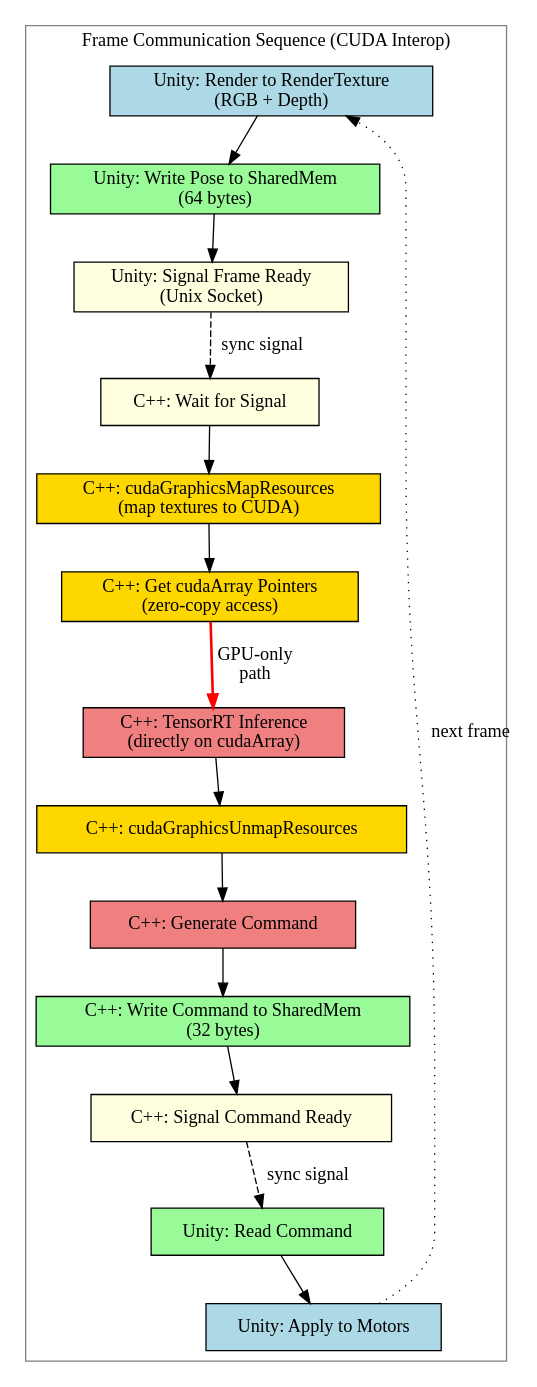
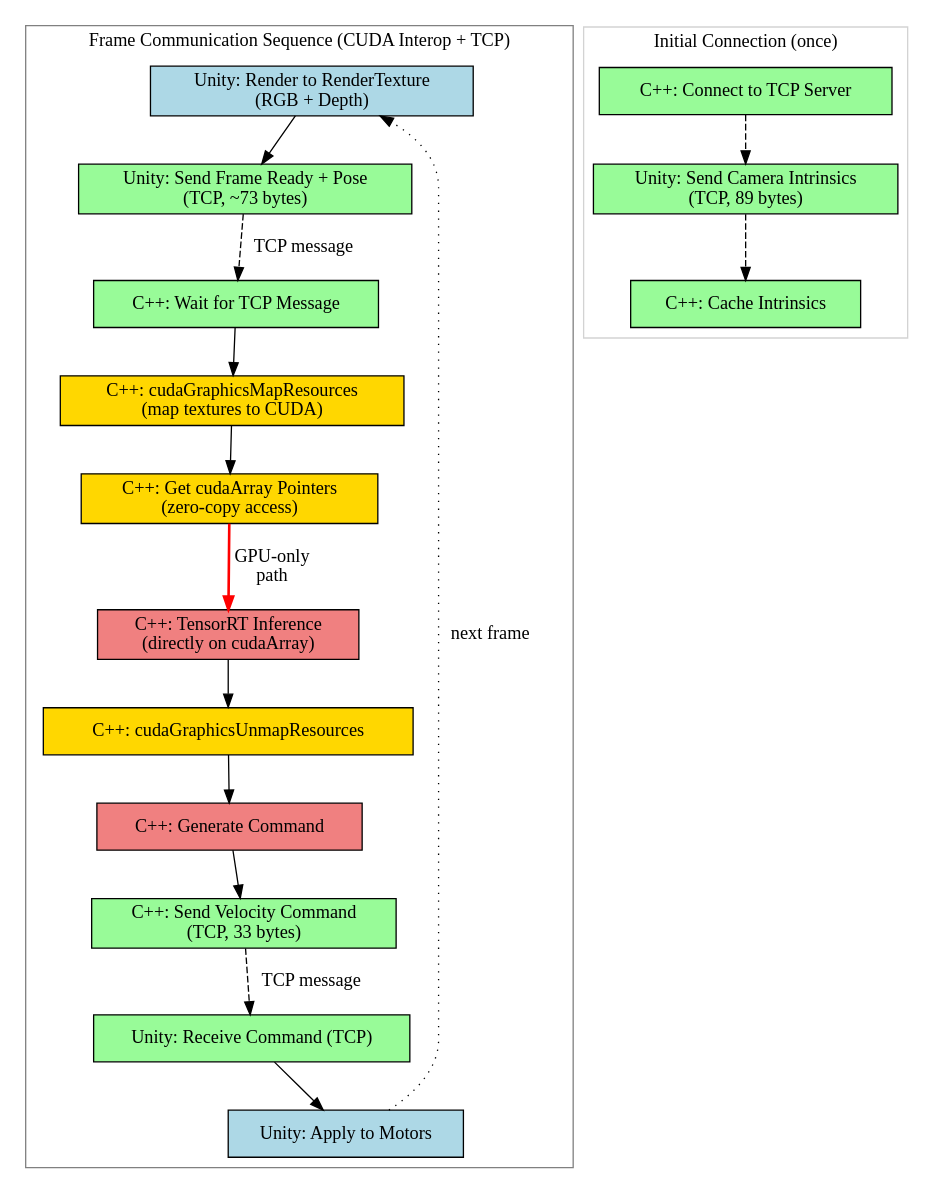
Before and after one commit to Woz4tetra/auto-battlebot: the fourth of 6 diagrams in docs/SIMULATION_SYSTEM_ENGINEERING_PLAN.md, drawn with Graphviz. The commit also changed other lines of this file and 6 other files, not shown here.

````diff
--- a/docs/SIMULATION_SYSTEM_ENGINEERING_PLAN.md
+++ b/docs/SIMULATION_SYSTEM_ENGINEERING_PLAN.md
@@ -544,43 +556,52 @@
 ```dot
 digraph CommunicationSequence {
     rankdir=TB;
     node [shape=box];
 
     subgraph cluster_sequence {
-        label="Frame Communication Sequence (CUDA Interop)";
+        label="Frame Communication Sequence (CUDA Interop + TCP)";
         color=gray;
 
         // Nodes represent states/actions
         unity_render [label="Unity: Render to RenderTexture\n(RGB + Depth)", fillcolor=lightblue, style=filled];
-        unity_pose [label="Unity: Write Pose to SharedMem\n(64 bytes)", fillcolor=palegreen, style=filled];
-        unity_signal [label="Unity: Signal Frame Ready\n(Unix Socket)", fillcolor=lightyellow, style=filled];
+        unity_send [label="Unity: Send Frame Ready + Pose\n(TCP, ~73 bytes)", fillcolor=palegreen, style=filled];
 
-        cpp_wait [label="C++: Wait for Signal", fillcolor=lightyellow, style=filled];
+        cpp_wait [label="C++: Wait for TCP Message", fillcolor=palegreen, style=filled];
         cpp_map [label="C++: cudaGraphicsMapResources\n(map textures to CUDA)", fillcolor=gold, style=filled];
         cpp_getcuda [label="C++: Get cudaArray Pointers\n(zero-copy access)", fillcolor=gold, style=filled];
         cpp_inference [label="C++: TensorRT Inference\n(directly on cudaArray)", fillcolor=lightcoral, style=filled];
         cpp_unmap [label="C++: cudaGraphicsUnmapResources", fillcolor=gold, style=filled];
         cpp_command [label="C++: Generate Command", fillcolor=lightcoral, style=filled];
-        cpp_write [label="C++: Write Command to SharedMem\n(32 bytes)", fillcolor=palegreen, style=filled];
-        cpp_signal [label="C++: Signal Command Ready", fillcolor=lightyellow, style=filled];
+        cpp_sendcmd [label="C++: Send Velocity Command\n(TCP, 33 bytes)", fillcolor=palegreen, style=filled];
 
-        unity_readcmd [label="Unity: Read Command", fillcolor=palegreen, style=filled];
+        unity_readcmd [label="Unity: Receive Command (TCP)", fillcolor=palegreen, style=filled];
         unity_apply [label="Unity: Apply to Motors", fillcolor=lightblue, style=filled];
 
         // Sequence flow
-        unity_render -> unity_pose;
-        unity_pose -> unity_signal;
-        unity_signal -> cpp_wait [style=dashed, label="sync signal"];
+        unity_render -> unity_send;
+        unity_send -> cpp_wait [style=dashed, label="TCP message"];
         cpp_wait -> cpp_map;
         cpp_map -> cpp_getcuda;
         cpp_getcuda -> cpp_inference [label="GPU-only\npath", style=bold, color=red];
         cpp_inference -> cpp_unmap;
         cpp_unmap -> cpp_command;
-        cpp_command -> cpp_write;
-        cpp_write -> cpp_signal;
-        cpp_signal -> unity_readcmd [style=dashed, label="sync signal"];
+        cpp_command -> cpp_sendcmd;
+        cpp_sendcmd -> unity_readcmd [style=dashed, label="TCP message"];
         unity_readcmd -> unity_apply;
         unity_apply -> unity_render [label="next frame", style=dotted];
     }
+
+    // Note about initial connection
+    subgraph cluster_init {
+        label="Initial Connection (once)";
+        color=lightgray;
+
+        cpp_connect [label="C++: Connect to TCP Server", fillcolor=palegreen, style=filled];
+        unity_intrinsics [label="Unity: Send Camera Intrinsics\n(TCP, 89 bytes)", fillcolor=palegreen, style=filled];
+        cpp_cache [label="C++: Cache Intrinsics", fillcolor=palegreen, style=filled];
+
+        cpp_connect -> unity_intrinsics [style=dashed];
+        unity_intrinsics -> cpp_cache [style=dashed];
+    }
 }
 ```
````
